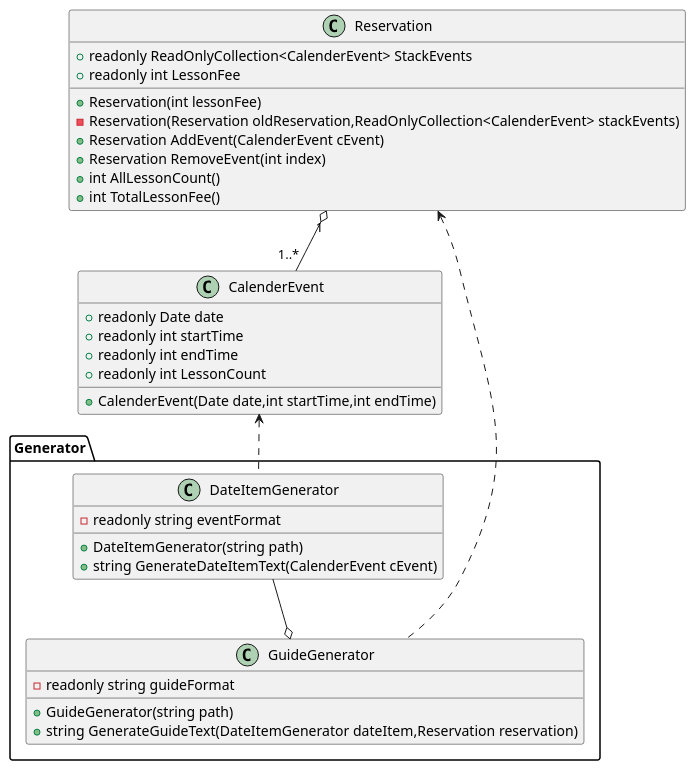
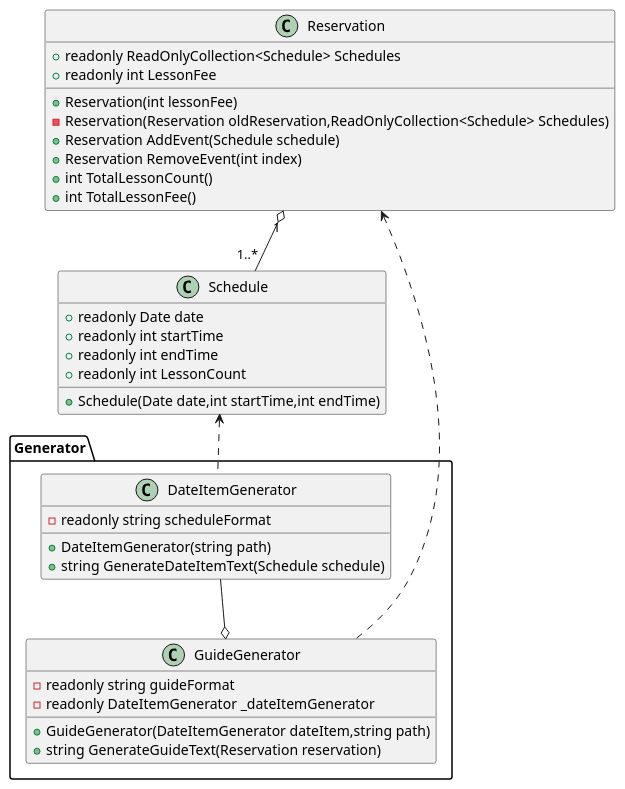
Before and after one commit to ozisan000/AutoLessonMessageGenerator: the diagram in AutoSchoolMessageGenerator/AutoSchoolMessageGeneratorClass.wsd, drawn with PlantUML. The commit also changed 9 other files, not shown here.

```diff
--- a/AutoSchoolMessageGenerator/AutoSchoolMessageGeneratorClass.wsd
+++ b/AutoSchoolMessageGenerator/AutoSchoolMessageGeneratorClass.wsd
@@ -1,59 +1,60 @@
 @startuml AutoGeneratorSchoolMessageGenerator
 
 '基底クラスたち
 
 'ロジックイベントクラス
-class CalenderEvent{
+class Schedule{
     +readonly Date date
     +readonly int startTime
     +readonly int endTime
     +readonly int LessonCount
 
-    +CalenderEvent(Date date,int startTime,int endTime)
+    +Schedule(Date date,int startTime,int endTime)
 }
 
 'ロジック予約クラス
 class Reservation{
-    +readonly ReadOnlyCollection<CalenderEvent> StackEvents
+    +readonly ReadOnlyCollection<Schedule> Schedules
     +readonly int LessonFee
 
     +Reservation(int lessonFee)
-    -Reservation(Reservation oldReservation,ReadOnlyCollection<CalenderEvent> stackEvents)
-    +Reservation AddEvent(CalenderEvent cEvent)
+    -Reservation(Reservation oldReservation,ReadOnlyCollection<Schedule> Schedules)
+    +Reservation AddEvent(Schedule schedule)
     +Reservation RemoveEvent(int index)
-    +int AllLessonCount()
+    +int TotalLessonCount()
     +int TotalLessonFee()
 }
 
 
 
 '文章を生成するためのクラス
 package Generator{
     '文章全体を生成するクラス
     class GuideGenerator{
         -readonly string guideFormat
+        -readonly DateItemGenerator _dateItemGenerator
 
-        +GuideGenerator(string path)
-        +string GenerateGuideText(DateItemGenerator dateItem,Reservation reservation)
+        +GuideGenerator(DateItemGenerator dateItem,string path)
+        +string GenerateGuideText(Reservation reservation)
     }
 
     'コマごとの項目を生成するクラス
     class DateItemGenerator{
-        -readonly string eventFormat
+        -readonly string scheduleFormat
 
         +DateItemGenerator(string path)
-        +string GenerateDateItemText(CalenderEvent cEvent)
+        +string GenerateDateItemText(Schedule schedule)
     }
 }
 
 
 
-Reservation "1" o-- "1..*" CalenderEvent
+Reservation "1" o-- "1..*" Schedule
 
-CalenderEvent <.. DateItemGenerator
+Schedule <.. DateItemGenerator
 
 Reservation <.. GuideGenerator
 
 DateItemGenerator --o GuideGenerator
 
 @enduml
```
